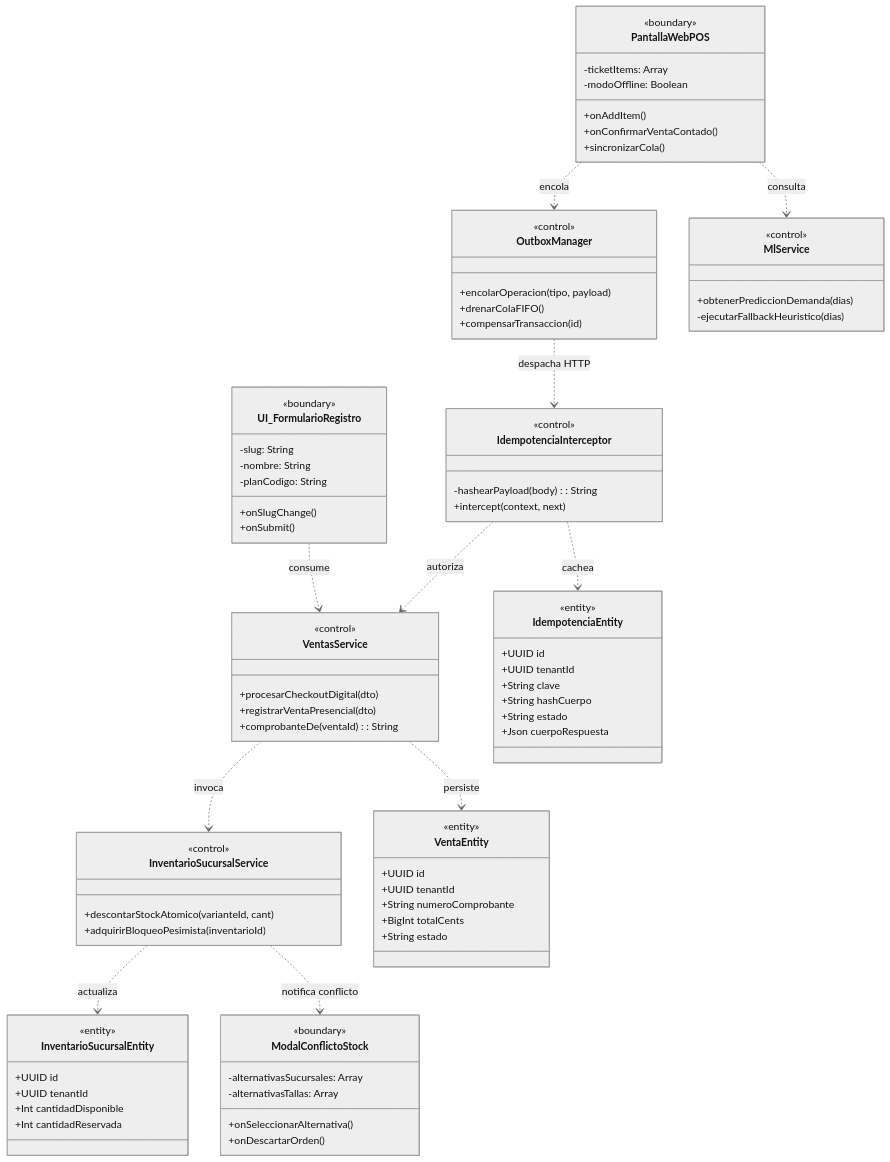
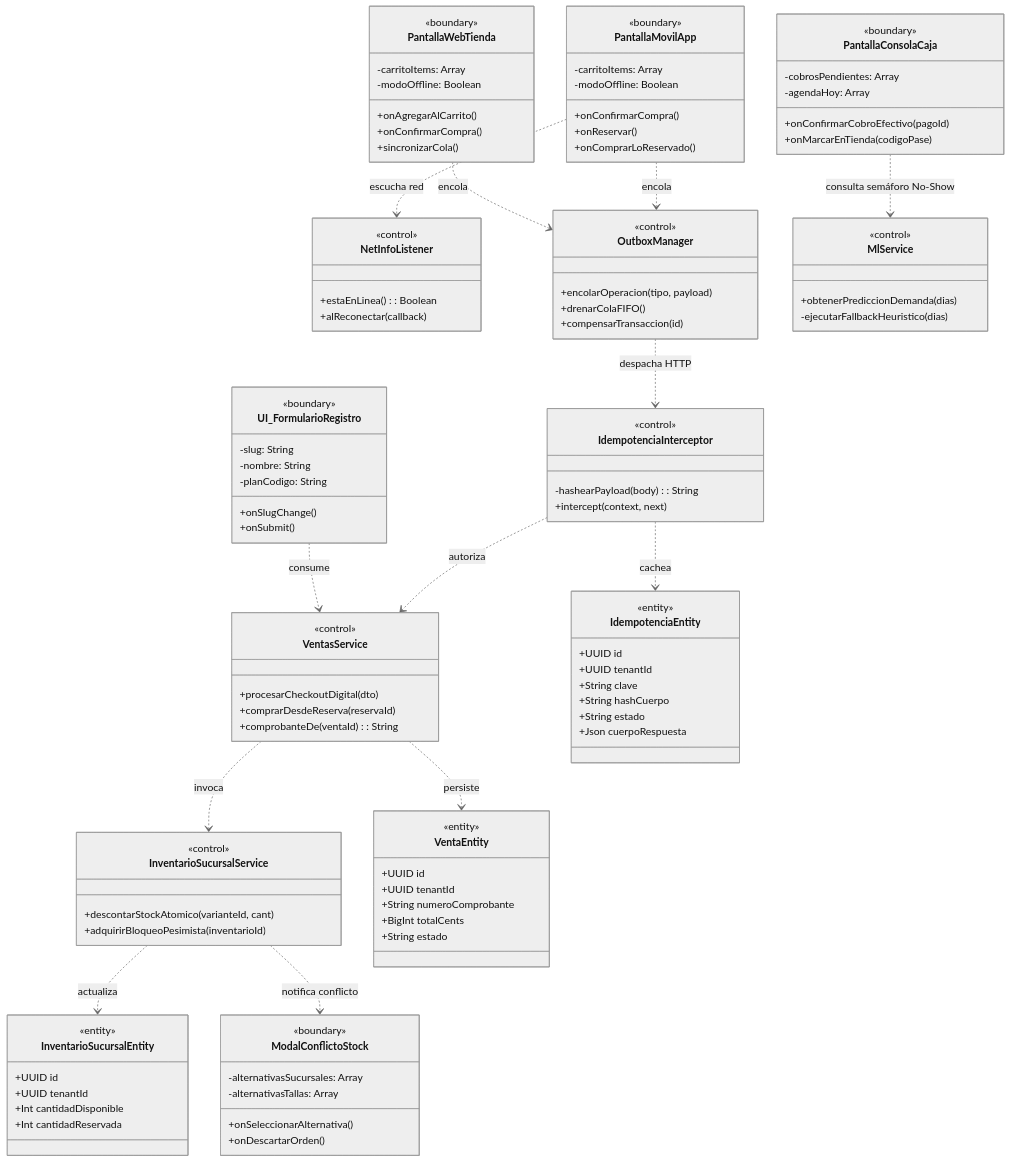
The tenth of 11 diagrams in docs/parcial2/base/03_Analisis_y_Diseno_ICONIX/03_Analisis_y_Diseno_ICONIX.md (mopy1/MirrorIA), drawn with Mermaid (neutral theme) before and after one commit. The commit also changed other lines of this file and 10 other files, not shown here.

First line of the commit message:
docs(parcial2): sin POS, app móvil solo clientas y conflicto stock=1 entre dos clientas

````diff
--- a/docs/parcial2/base/03_Analisis_y_Diseno_ICONIX/03_Analisis_y_Diseno_ICONIX.md
+++ b/docs/parcial2/base/03_Analisis_y_Diseno_ICONIX/03_Analisis_y_Diseno_ICONIX.md
@@ -620,13 +626,36 @@
         +onSubmit()
     }
 
-    class PantallaWebPOS {
+    class PantallaWebTienda {
         <<boundary>>
-        -ticketItems: Array
+        -carritoItems: Array
         -modoOffline: Boolean
-        +onAddItem()
-        +onConfirmarVentaContado()
+        +onAgregarAlCarrito()
+        +onConfirmarCompra()
         +sincronizarCola()
+    }
+
+    class PantallaMovilApp {
+        <<boundary>>
+        -carritoItems: Array
+        -modoOffline: Boolean
+        +onConfirmarCompra()
+        +onReservar()
+        +onComprarLoReservado()
+    }
+
+    class NetInfoListener {
+        <<control>>
+        +estaEnLinea(): Boolean
+        +alReconectar(callback)
+    }
+
+    class PantallaConsolaCaja {
+        <<boundary>>
+        -cobrosPendientes: Array
+        -agendaHoy: Array
+        +onConfirmarCobroEfectivo(pagoId)
+        +onMarcarEnTienda(codigoPase)
     }
 
     class ModalConflictoStock {
@@ -653,7 +682,7 @@
     class VentasService {
         <<control>>
         +procesarCheckoutDigital(dto)
-        +registrarVentaPresencial(dto)
+        +comprarDesdeReserva(reservaId)
         +comprobanteDe(ventaId): String
     }
 
@@ -697,7 +726,9 @@
     }
 
     UI_FormularioRegistro ..> VentasService : consume
-    PantallaWebPOS ..> OutboxManager : encola
+    PantallaWebTienda ..> OutboxManager : encola
+    PantallaMovilApp ..> NetInfoListener : escucha red
+    PantallaMovilApp ..> OutboxManager : encola
     OutboxManager ..> IdempotenciaInterceptor : despacha HTTP
     IdempotenciaInterceptor ..> VentasService : autoriza
     VentasService ..> InventarioSucursalService : invoca
@@ -705,5 +736,5 @@
     InventarioSucursalService ..> InventarioSucursalEntity : actualiza
     IdempotenciaInterceptor ..> IdempotenciaEntity : cachea
     InventarioSucursalService ..> ModalConflictoStock : notifica conflicto
-    PantallaWebPOS ..> MlService : consulta
+    PantallaConsolaCaja ..> MlService : consulta semáforo No-Show
 ```
````
